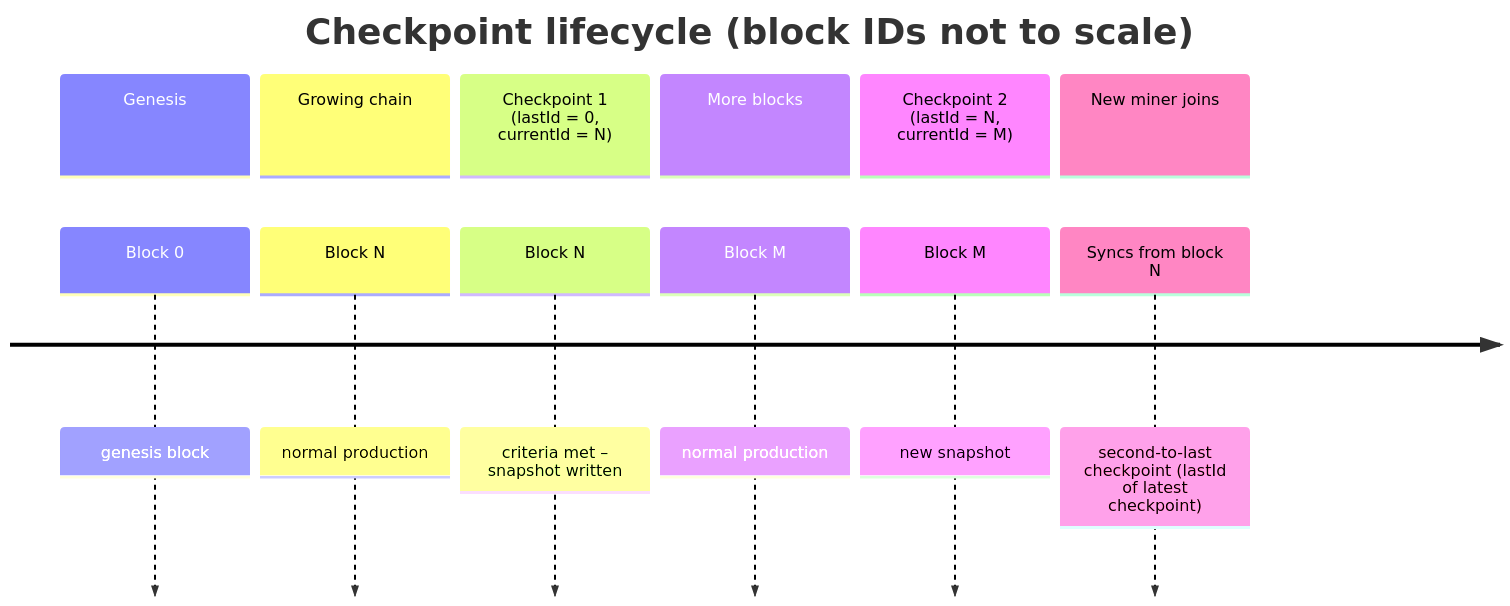
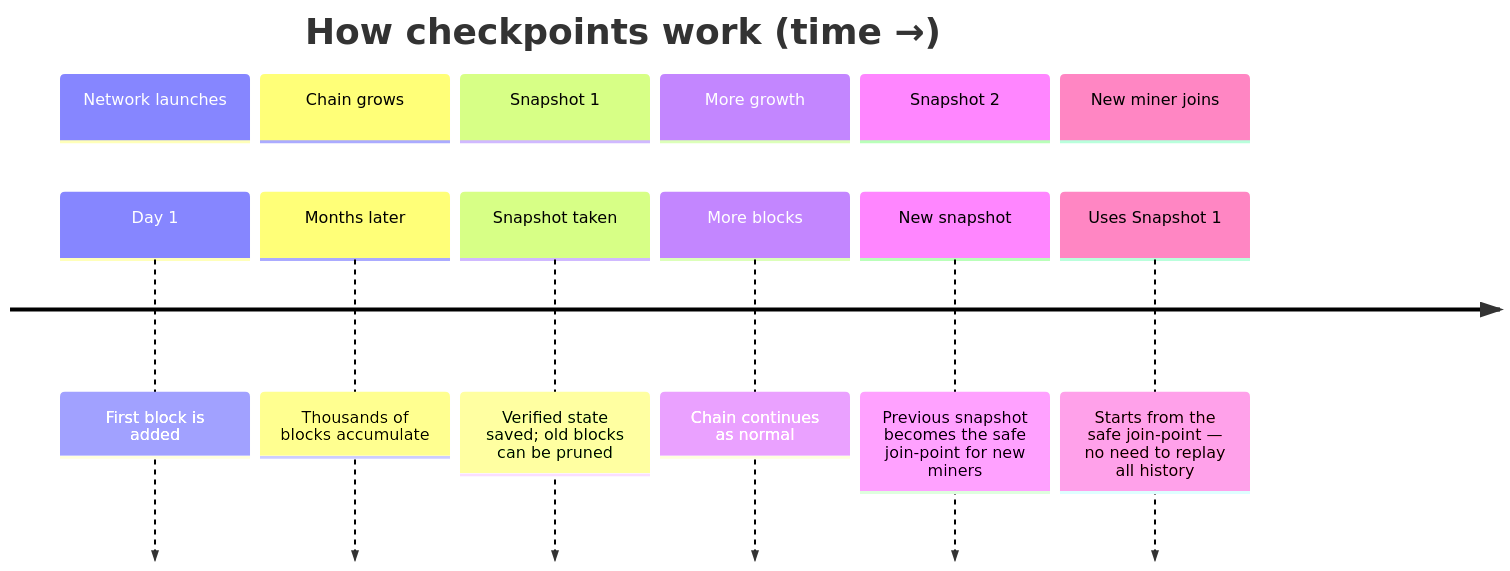
The fourth of 6 diagrams in docs/design.md (people-post/pp-ledger), drawn with Mermaid before and after one commit. The commit also changed other lines of this file, not shown here.

````diff
--- a/docs/design.md
+++ b/docs/design.md
@@ -124,16 +100,16 @@
 ```mermaid
 timeline
-    title Checkpoint lifecycle (block IDs not to scale)
-    section Genesis
-        Block 0 : genesis block
-    section Growing chain
-        Block N : normal production
-    section Checkpoint 1 (lastId = 0, currentId = N)
-        Block N : criteria met – snapshot written
-    section More blocks
-        Block M : normal production
-    section Checkpoint 2 (lastId = N, currentId = M)
-        Block M : new snapshot
+    title How checkpoints work (time →)
+    section Network launches
+        Day 1 : First block is added
+    section Chain grows
+        Months later : Thousands of blocks accumulate
+    section Snapshot 1
+        Snapshot taken : Verified state saved; old blocks can be pruned
+    section More growth
+        More blocks : Chain continues as normal
+    section Snapshot 2
+        New snapshot : Previous snapshot becomes the safe join-point for new miners
     section New miner joins
-        Syncs from block N : second-to-last checkpoint (lastId of latest checkpoint)
+        Uses Snapshot 1 : Starts from the safe join-point — no need to replay all history
 ```
````
